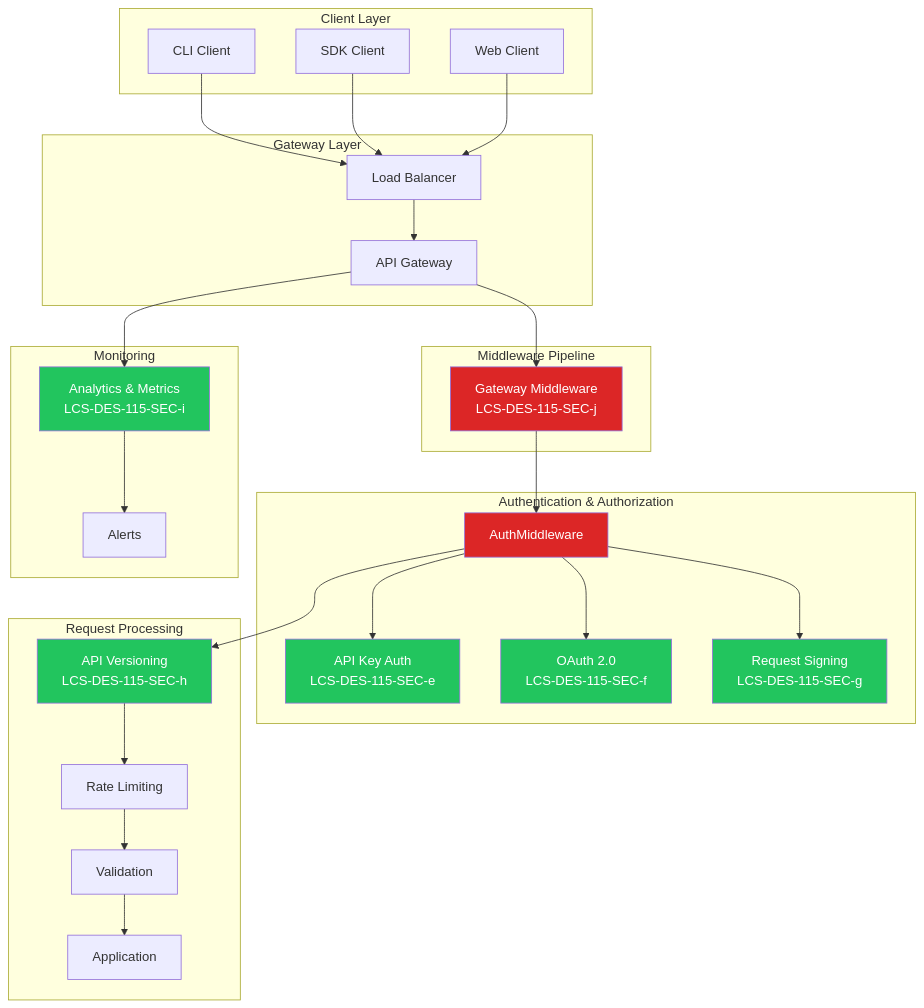
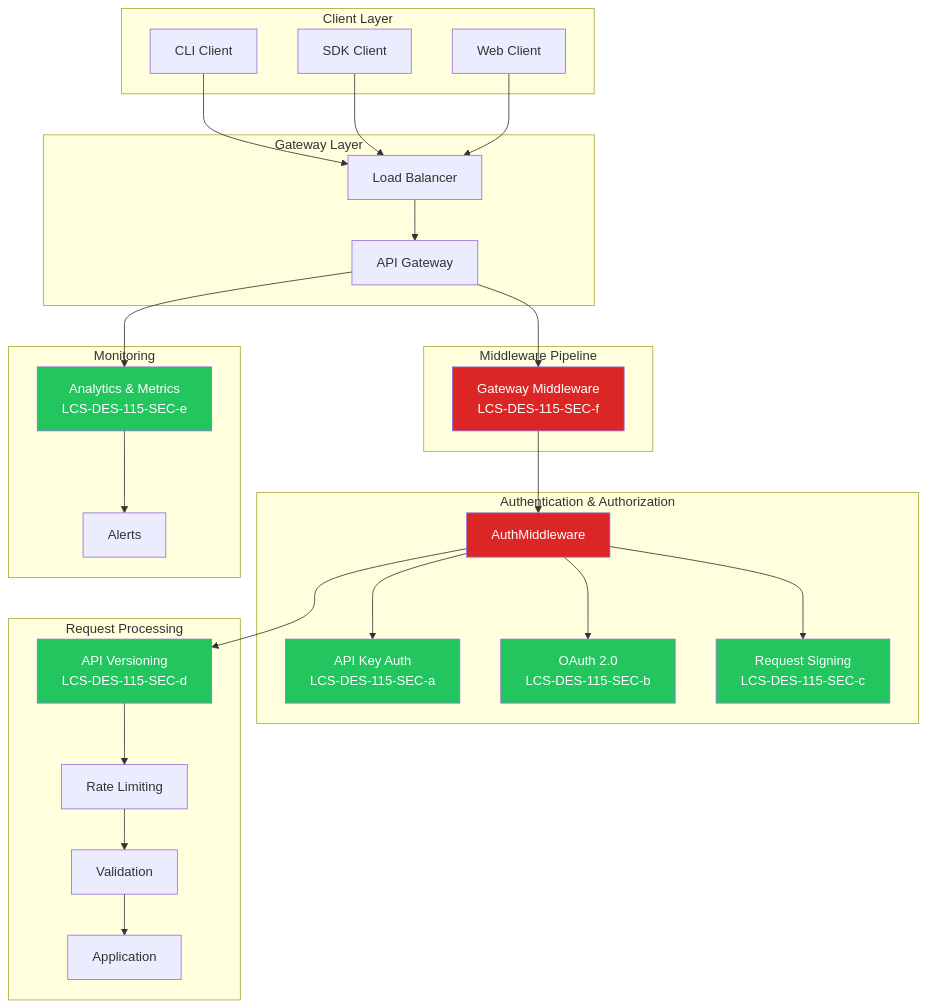
The first of 7 diagrams in docs/specs/v0.11.x/v0.11.5/LCS-DES-v0.11.5-SEC-INDEX.md (southpawriter02/lexichord), drawn with Mermaid before and after one commit. The commit also changed other lines of this file and 74 other files, not shown here.

````diff
--- a/docs/specs/v0.11.x/v0.11.5/LCS-DES-v0.11.5-SEC-INDEX.md
+++ b/docs/specs/v0.11.x/v0.11.5/LCS-DES-v0.11.5-SEC-INDEX.md
@@ -38,60 +38,60 @@
 ```mermaid
 graph TB
     subgraph "Client Layer"
         CLI[CLI Client]
         SDK[SDK Client]
         WEB[Web Client]
     end
 
     subgraph "Gateway Layer"
         LB[Load Balancer]
         GW[API Gateway]
     end
 
     subgraph "Authentication & Authorization"
         AUTH[AuthMiddleware]
-        APIKEY["API Key Auth<br/>LCS-DES-115-SEC-e"]
-        OAUTH["OAuth 2.0<br/>LCS-DES-115-SEC-f"]
-        SIGN["Request Signing<br/>LCS-DES-115-SEC-g"]
+        APIKEY["API Key Auth<br/>LCS-DES-115-SEC-a"]
+        OAUTH["OAuth 2.0<br/>LCS-DES-115-SEC-b"]
+        SIGN["Request Signing<br/>LCS-DES-115-SEC-c"]
     end
 
     subgraph "Request Processing"
-        VER["API Versioning<br/>LCS-DES-115-SEC-h"]
+        VER["API Versioning<br/>LCS-DES-115-SEC-d"]
         RL[Rate Limiting]
         VAL[Validation]
         APP[Application]
     end
 
     subgraph "Monitoring"
-        METRICS["Analytics & Metrics<br/>LCS-DES-115-SEC-i"]
+        METRICS["Analytics & Metrics<br/>LCS-DES-115-SEC-e"]
         ALERTS[Alerts]
     end
 
     subgraph "Middleware Pipeline"
-        MW["Gateway Middleware<br/>LCS-DES-115-SEC-j"]
+        MW["Gateway Middleware<br/>LCS-DES-115-SEC-f"]
     end
 
     CLI --> LB
     SDK --> LB
     WEB --> LB
     LB --> GW
     GW --> MW
     MW --> AUTH
     AUTH --> APIKEY
     AUTH --> OAUTH
     AUTH --> SIGN
     AUTH --> VER
     VER --> RL
     RL --> VAL
     VAL --> APP
     GW --> METRICS
     METRICS --> ALERTS
 
     style AUTH fill:#dc2626,color:#fff
     style APIKEY fill:#22c55e,color:#fff
     style OAUTH fill:#22c55e,color:#fff
     style SIGN fill:#22c55e,color:#fff
     style VER fill:#22c55e,color:#fff
     style MW fill:#dc2626,color:#fff
     style METRICS fill:#22c55e,color:#fff
 ```
````
